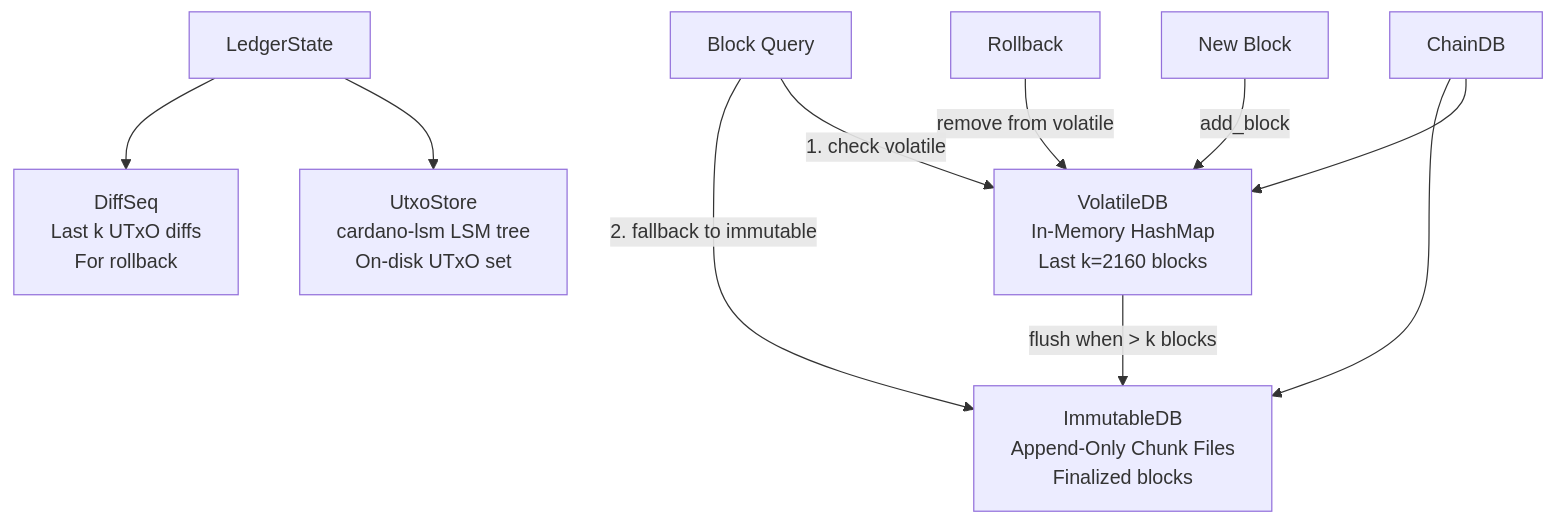
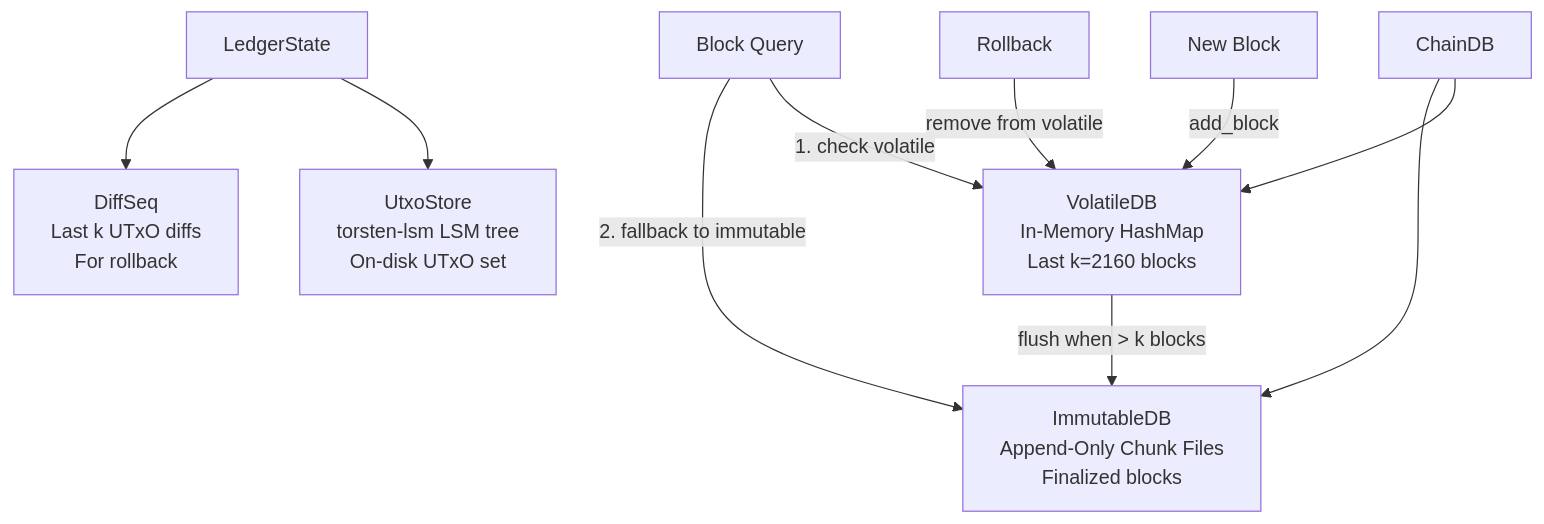
One commit to michaeljfazio/torsten changed the first of 2 diagrams in docs/src/architecture/storage.md. Above: the diagram before and after it, drawn with Mermaid. The commit also changed other lines of this file and 12 other files, not shown here.

First line of the commit message:
Docs: replace cardano-lsm with torsten-lsm, fix em-dashes throughout

````diff
--- a/docs/src/architecture/storage.md
+++ b/docs/src/architecture/storage.md
@@ -7,16 +7,16 @@
 ```mermaid
 flowchart TD
     CDB[ChainDB] --> VOL[VolatileDB<br/>In-Memory HashMap<br/>Last k=2160 blocks]
     CDB --> IMM[ImmutableDB<br/>Append-Only Chunk Files<br/>Finalized blocks]
 
     NEW[New Block] -->|add_block| VOL
     VOL -->|flush when > k blocks| IMM
 
     READ[Block Query] -->|1. check volatile| VOL
     READ -->|2. fallback to immutable| IMM
 
     ROLL[Rollback] -->|remove from volatile| VOL
 
-    LS[LedgerState] --> UTXO[UtxoStore<br/>cardano-lsm LSM tree<br/>On-disk UTxO set]
+    LS[LedgerState] --> UTXO[UtxoStore<br/>torsten-lsm LSM tree<br/>On-disk UTxO set]
     LS --> DIFF[DiffSeq<br/>Last k UTxO diffs<br/>For rollback]
 ```
````
